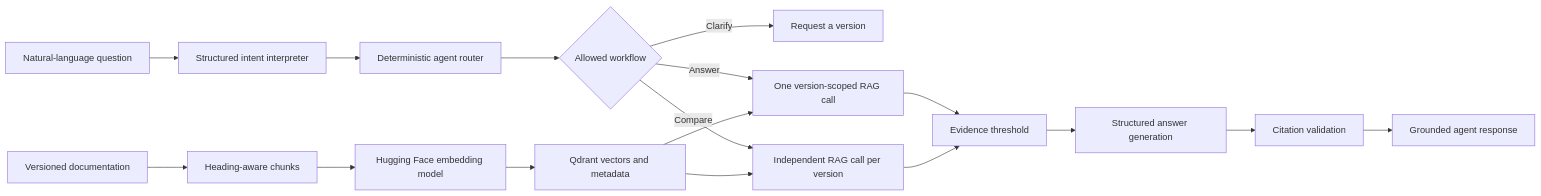
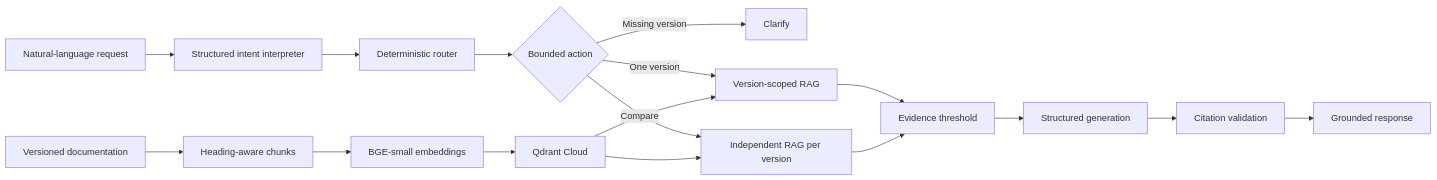
One commit to MahalaxmiK/version-aware-doc-assistant changed the diagram in README.md. Above: the diagram before and after it, drawn with Mermaid. The commit also changed other lines of this file, not shown here.

Commit message:
Document evaluation and cloud deployment

````diff
--- a/README.md
+++ b/README.md
@@ -49,23 +62,23 @@
 ```mermaid
 flowchart LR
     A[Versioned documentation] --> B[Heading-aware chunks]
-    B --> C[Hugging Face embedding model]
-    C --> D[Qdrant vectors and metadata]
+    B --> C[BGE-small embeddings]
+    C --> D[Qdrant Cloud]
 
-    Q[Natural-language question] --> E[Structured intent interpreter]
-    E --> F[Deterministic agent router]
-    F --> G{Allowed workflow}
+    Q[Natural-language request] --> E[Structured intent interpreter]
+    E --> F[Deterministic router]
+    F --> G{Bounded action}
 
-    G -->|Clarify| H[Request a version]
-    G -->|Answer| I[One version-scoped RAG call]
-    G -->|Compare| J[Independent RAG call per version]
+    G -->|Missing version| H[Clarify]
+    G -->|One version| I[Version-scoped RAG]
+    G -->|Compare| J[Independent RAG per version]
 
     D --> I
     D --> J
 
     I --> K[Evidence threshold]
     J --> K
-    K --> L[Structured answer generation]
+    K --> L[Structured generation]
     L --> M[Citation validation]
-    M --> N[Grounded agent response]
+    M --> N[Grounded response]
 ```
````
